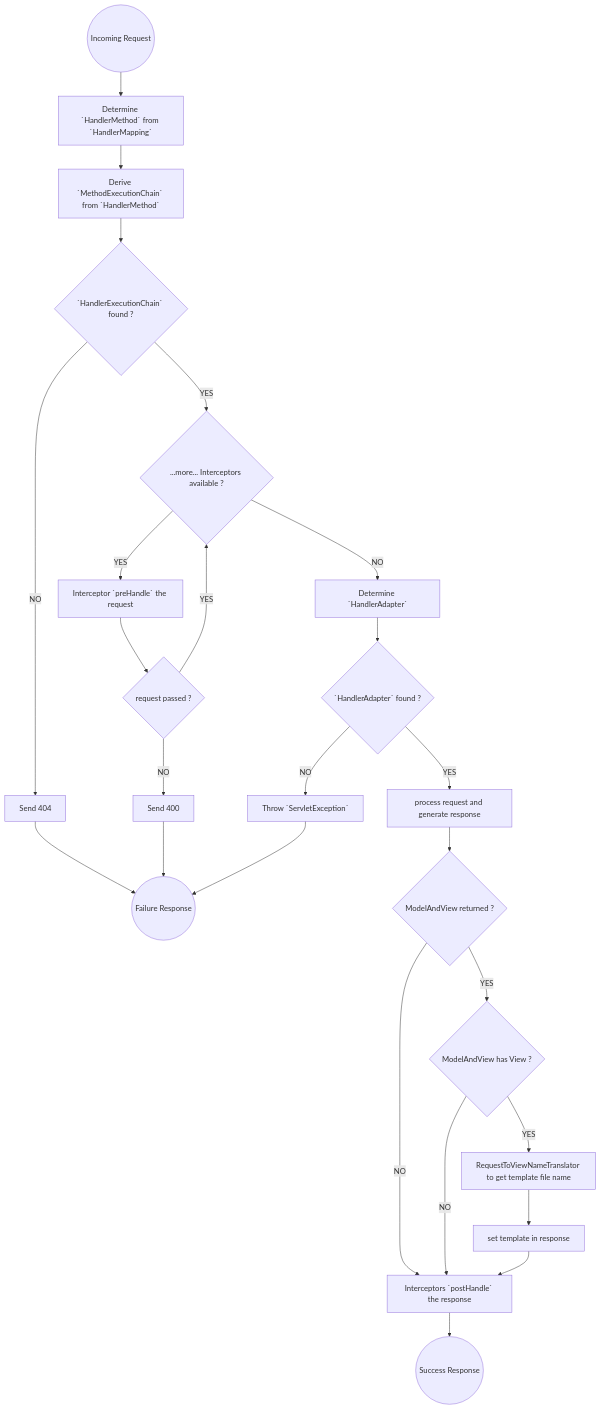
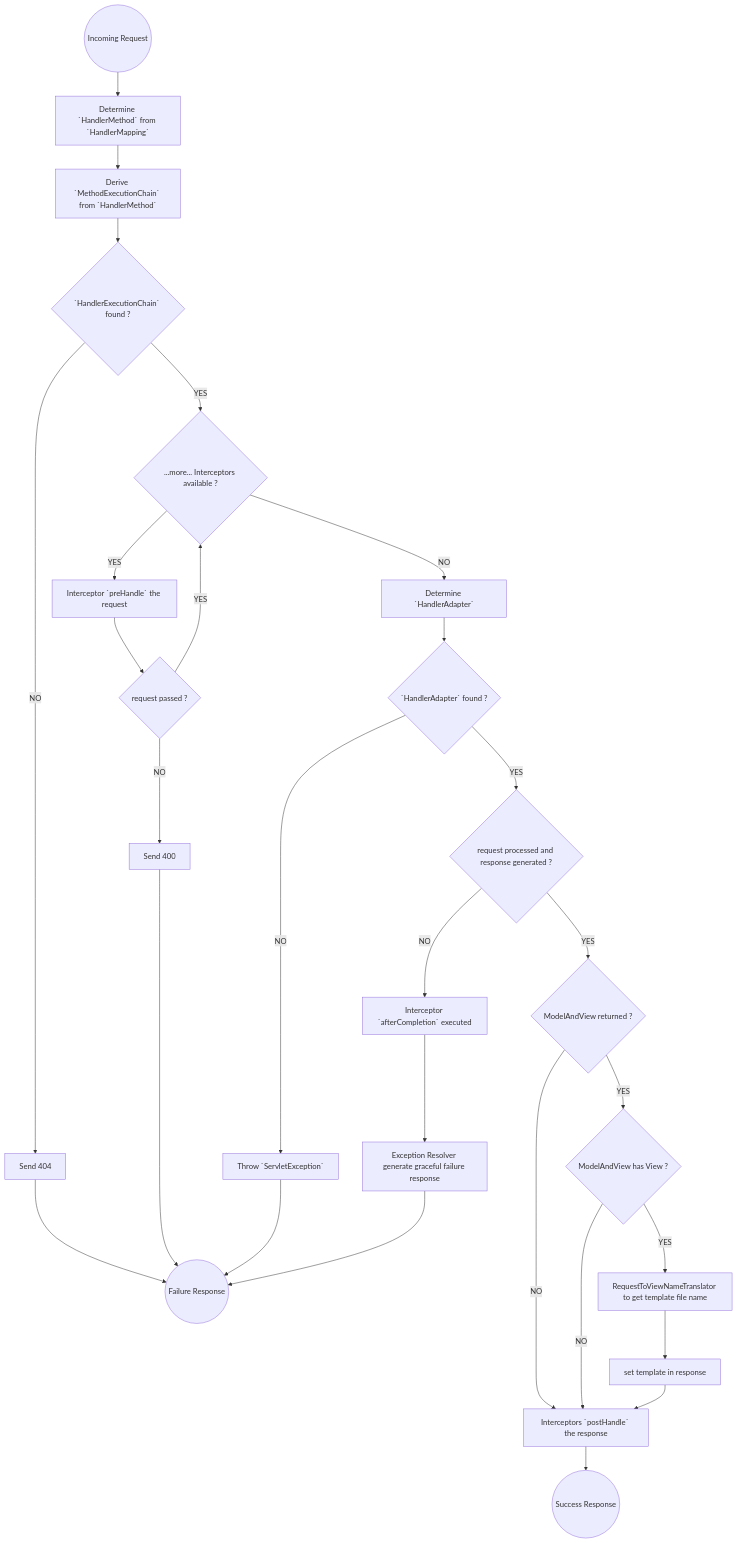
One commit to beingbing/java-springboot changed the diagram in src/main/java/be/springboot/pp/springmvc/info.md. Above: the diagram before and after it, drawn with Mermaid. The commit also changed other lines of this file and 3 other files, not shown here.

Commit message:
user-defined excpetion handling to produce failure response

````diff
--- a/src/main/java/be/springboot/pp/springmvc/info.md
+++ b/src/main/java/be/springboot/pp/springmvc/info.md
@@ -492,27 +693,30 @@
 ```mermaid
 flowchart TD;
     A((Incoming Request)) --> B[Determine `HandlerMethod` from `HandlerMapping`]
     B --> S[Derive `MethodExecutionChain` from `HandlerMethod`]
     S --> C{`HandlerExecutionChain` found ?}
     C -- NO --> D[Send 404]
     D --> E((Failure Response))
     C -- YES --> F{...more... Interceptors available ?}
     F --> |YES| G[Interceptor `preHandle` the request]
     G --> H{request passed ?}
     H -- YES --> F
     H -- NO --> I[Send 400]
     I --> E
     F -- NO --> J[Determine `HandlerAdapter`]
     J --> K{`HandlerAdapter` found ?}
     K -- NO --> L[Throw `ServletException`]
     L --> E
-    K -- YES --> M[process request and generate response]
-    M --> N{ModelAndView returned ?}
+    K -- YES --> M{request processed and response generated ?}
+    M -- NO --> U[Interceptor `afterCompletion` executed]
+    U --> V[Exception Resolver generate graceful failure response]
+    V --> E
+    M -- YES --> N{ModelAndView returned ?}
     N -- NO --> O[Interceptors `postHandle` the response]
     O --> P((Success Response))
     N -- YES --> Q{ModelAndView has View ?}
     Q -- NO --> O
     Q -- YES --> R[RequestToViewNameTranslator to get template file name]
     R --> T[set template in response]
     T --> O
 ```
````
